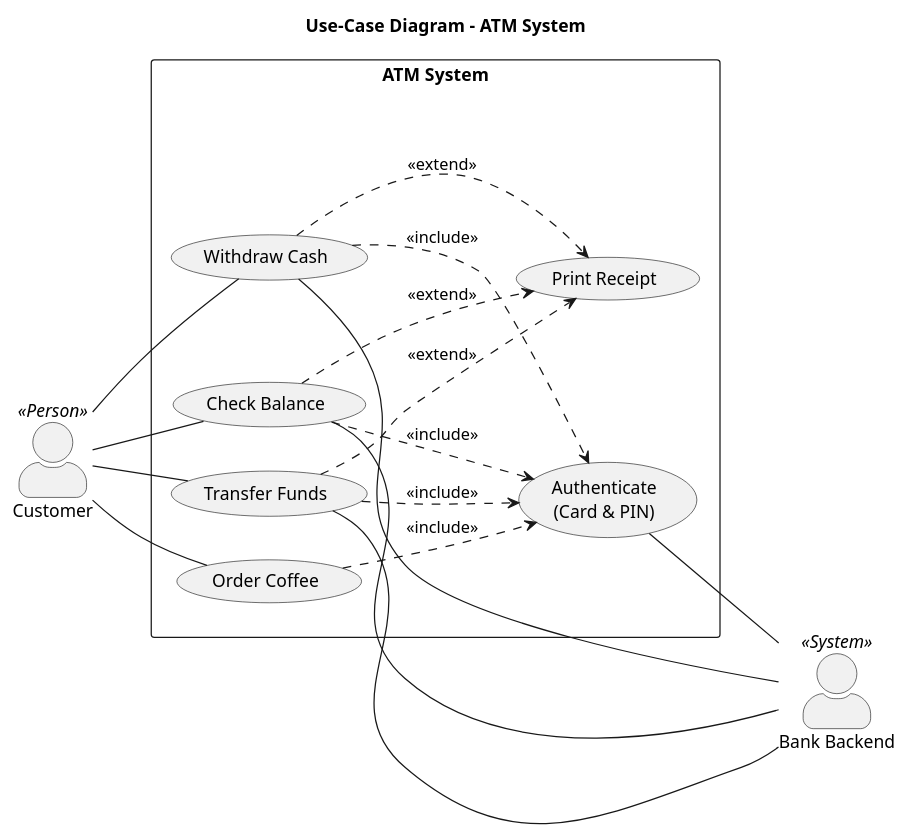
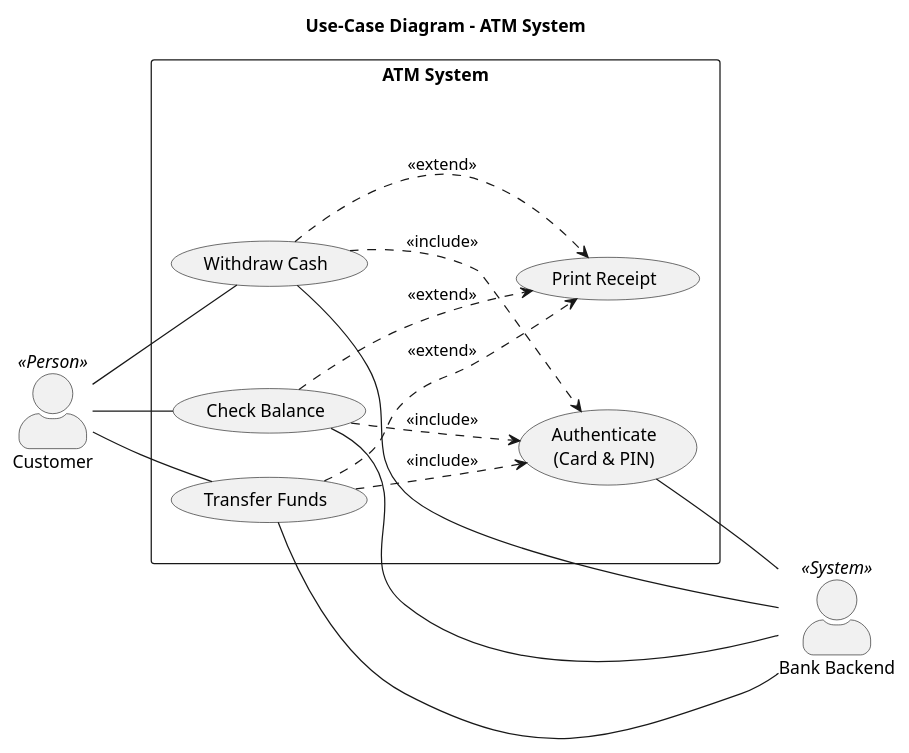
Before and after one commit to marcelRonner/jarvis: the diagram in docs/use_case/useCaseDiagram.puml, drawn with PlantUML. The commit also changed 48 other files, not shown here.

```diff
--- a/docs/use_case/useCaseDiagram.puml
+++ b/docs/use_case/useCaseDiagram.puml
@@ -1,60 +1,55 @@
-@startuml UseCaseDiagram
+@startuml useCaseDiagram
 left to right direction
 skinparam actorStyle awesome
 skinparam packageStyle rectangle
 
 title Use-Case Diagram – ATM System
 
 ' --- Actors ---
 ' Customer: primary actor from Business Process (🟦 Customer)
 actor "Customer" as customer <<Person>>
 ' Bank Backend: supporting actor from Business Process (🟩 Bank Backend)
 actor "Bank Backend" as bank <<System>>
 
 ' --- System boundary ---
 rectangle "ATM System" {
 
   ' Main use cases – each represents a goal the user
   ' wants to achieve (see Business Process steps)
   usecase "Withdraw Cash"    as UC_Withdraw
   usecase "Check Balance"    as UC_Balance
   usecase "Transfer Funds"   as UC_Transfer
 
   ' Supporting use cases
   usecase "Authenticate\n(Card & PIN)" as UC_Auth
   usecase "Print Receipt"               as UC_Receipt
-
-  ' Beverage use case
-  usecase "Order Coffee" as UC_Coffee
 }
 
 ' --- Customer associations ---
 customer -- UC_Withdraw
 customer -- UC_Balance
 customer -- UC_Transfer
-customer -- UC_Coffee
 
 ' --- Include relationships ---
 ' Authentication is mandatory before any transaction
 ' (Business Process steps 1.1–2.2)
 UC_Withdraw ..> UC_Auth   : <<include>>
 UC_Balance  ..> UC_Auth   : <<include>>
 UC_Transfer ..> UC_Auth   : <<include>>
-UC_Coffee   ..> UC_Auth   : <<include>>
 
 ' --- Extend relationships ---
 ' Printing a receipt is optional after every transaction
 ' (Business Process step 5.2 / 5.3)
 UC_Withdraw ..> UC_Receipt : <<extend>>
 UC_Balance  ..> UC_Receipt : <<extend>>
 UC_Transfer ..> UC_Receipt : <<extend>>
 
 ' --- Bank Backend associations ---
 ' The Bank Backend validates credentials, processes
 ' transactions, and records audit logs
 UC_Withdraw -- bank
 UC_Balance  -- bank
 UC_Transfer -- bank
 UC_Auth     -- bank
 
 @enduml
```
